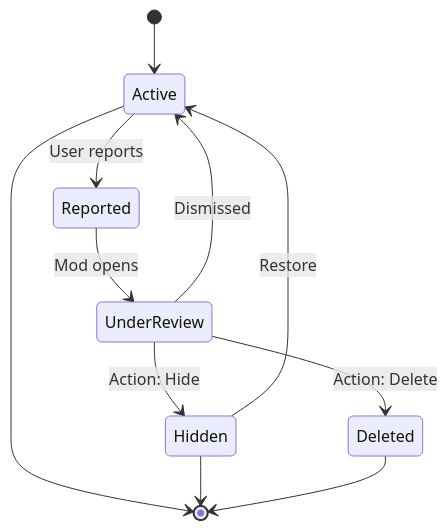
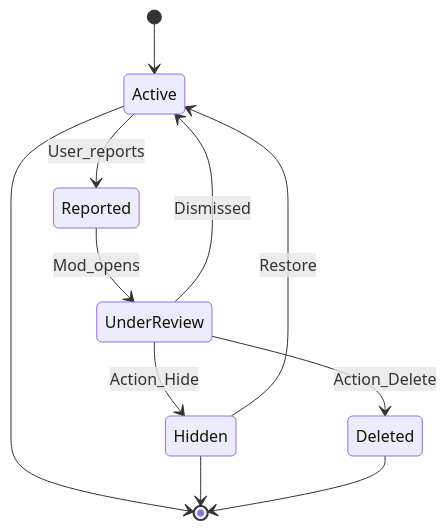
One commit to Zastt/OOP changed the third of 3 diagrams in KTD_lab1.md. Above: the diagram before and after it, drawn with Mermaid.

Commit message:
Refactor state diagram syntax for clarity

````diff
--- a/KTD_lab1.md
+++ b/KTD_lab1.md
@@ -70,16 +70,16 @@
 ```mermaid
 stateDiagram-v2
     [*] --> Active
-    Active --> Reported : User reports
-    Reported --> UnderReview : Mod opens
-
+    Active --> Reported : User_reports
+    Reported --> UnderReview : Mod_opens
+    
     UnderReview --> Active : Dismissed
-    UnderReview --> Hidden : Action: Hide
-    UnderReview --> Deleted : Action: Delete
-
+    UnderReview --> Hidden : Action_Hide
+    UnderReview --> Deleted : Action_Delete
+    
     Hidden --> Active : Restore
-
+    
     Active --> [*]
     Hidden --> [*]
     Deleted --> [*]
 ```
````
